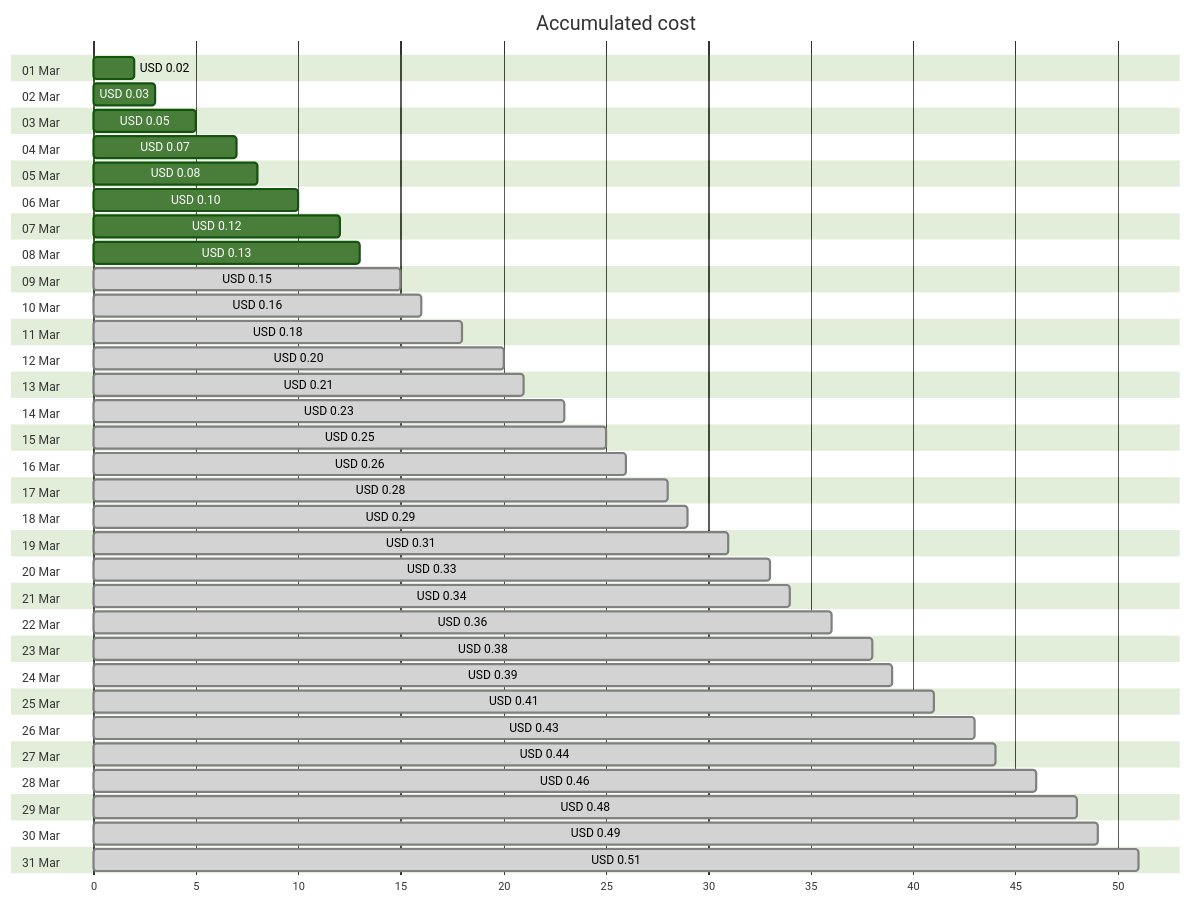
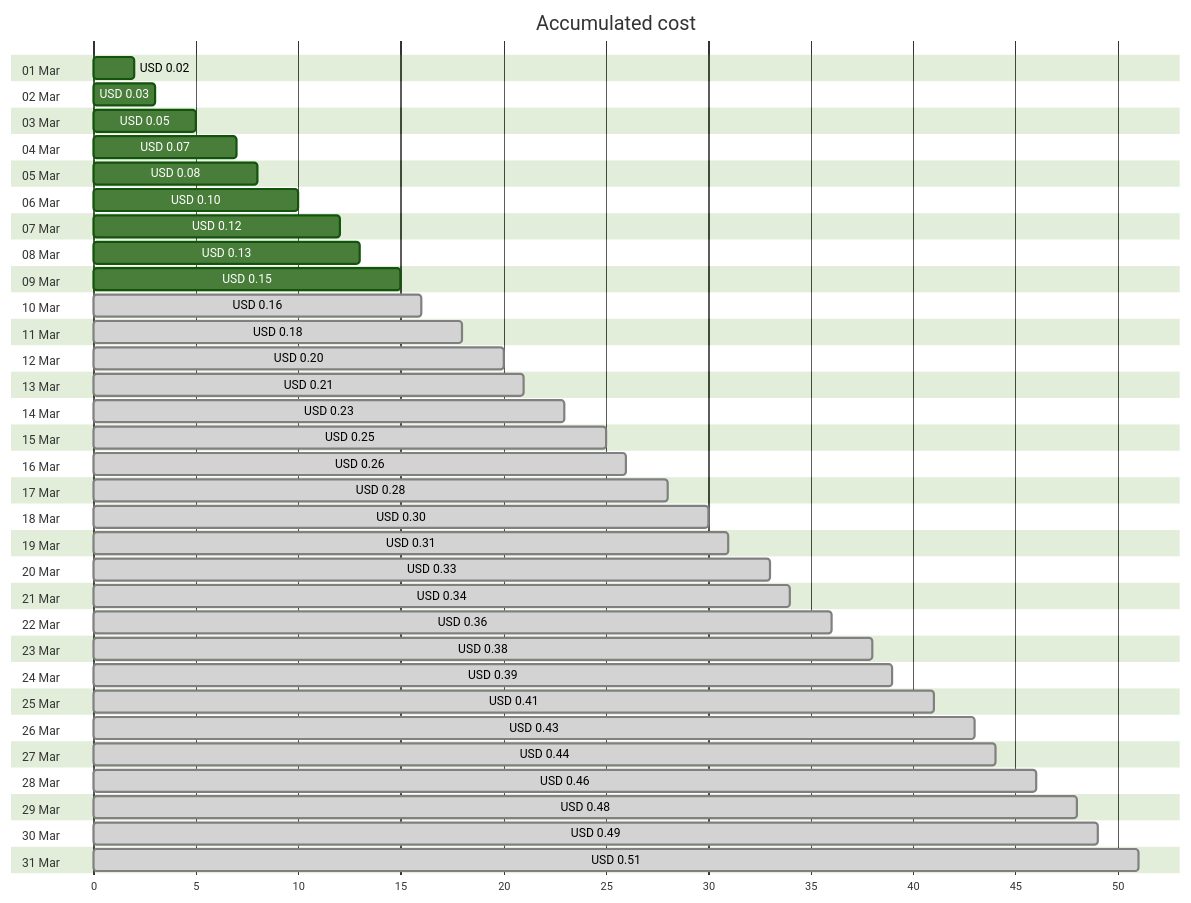
Before and after one commit to jpfulton/azure-personal-reports: the first of 4 diagrams in cost-reports/personal-dns/jpatrickfulton.dev.md, drawn with Mermaid (forest theme). The commit also changed other lines of this file and 2 other files, not shown here.

````diff
--- a/cost-reports/personal-dns/jpatrickfulton.dev.md
+++ b/cost-reports/personal-dns/jpatrickfulton.dev.md
@@ -20,68 +20,68 @@
 ```mermaid
 gantt
    title Accumulated cost
    dateFormat  X
    axisFormat %s
    section 01 Mar
    USD 0.02 :0, 2
    section 02 Mar
    USD 0.03 :0, 3
    section 03 Mar
    USD 0.05 :0, 5
    section 04 Mar
    USD 0.07 :0, 7
    section 05 Mar
    USD 0.08 :0, 8
    section 06 Mar
    USD 0.10 :0, 10
    section 07 Mar
    USD 0.12 :0, 12
    section 08 Mar
    USD 0.13 :0, 13
    section 09 Mar
-   USD 0.15 : done, 0, 15
+   USD 0.15 :0, 15
    section 10 Mar
    USD 0.16 : done, 0, 16
    section 11 Mar
    USD 0.18 : done, 0, 18
    section 12 Mar
    USD 0.20 : done, 0, 20
    section 13 Mar
    USD 0.21 : done, 0, 21
    section 14 Mar
    USD 0.23 : done, 0, 23
    section 15 Mar
    USD 0.25 : done, 0, 25
    section 16 Mar
    USD 0.26 : done, 0, 26
    section 17 Mar
    USD 0.28 : done, 0, 28
    section 18 Mar
-   USD 0.29 : done, 0, 29
+   USD 0.30 : done, 0, 30
    section 19 Mar
    USD 0.31 : done, 0, 31
    section 20 Mar
    USD 0.33 : done, 0, 33
    section 21 Mar
    USD 0.34 : done, 0, 34
    section 22 Mar
    USD 0.36 : done, 0, 36
    section 23 Mar
    USD 0.38 : done, 0, 38
    section 24 Mar
    USD 0.39 : done, 0, 39
    section 25 Mar
    USD 0.41 : done, 0, 41
    section 26 Mar
    USD 0.43 : done, 0, 43
    section 27 Mar
    USD 0.44 : done, 0, 44
    section 28 Mar
    USD 0.46 : done, 0, 46
    section 29 Mar
    USD 0.48 : done, 0, 48
    section 30 Mar
    USD 0.49 : done, 0, 49
    section 31 Mar
    USD 0.51 : done, 0, 51
 ```
````
